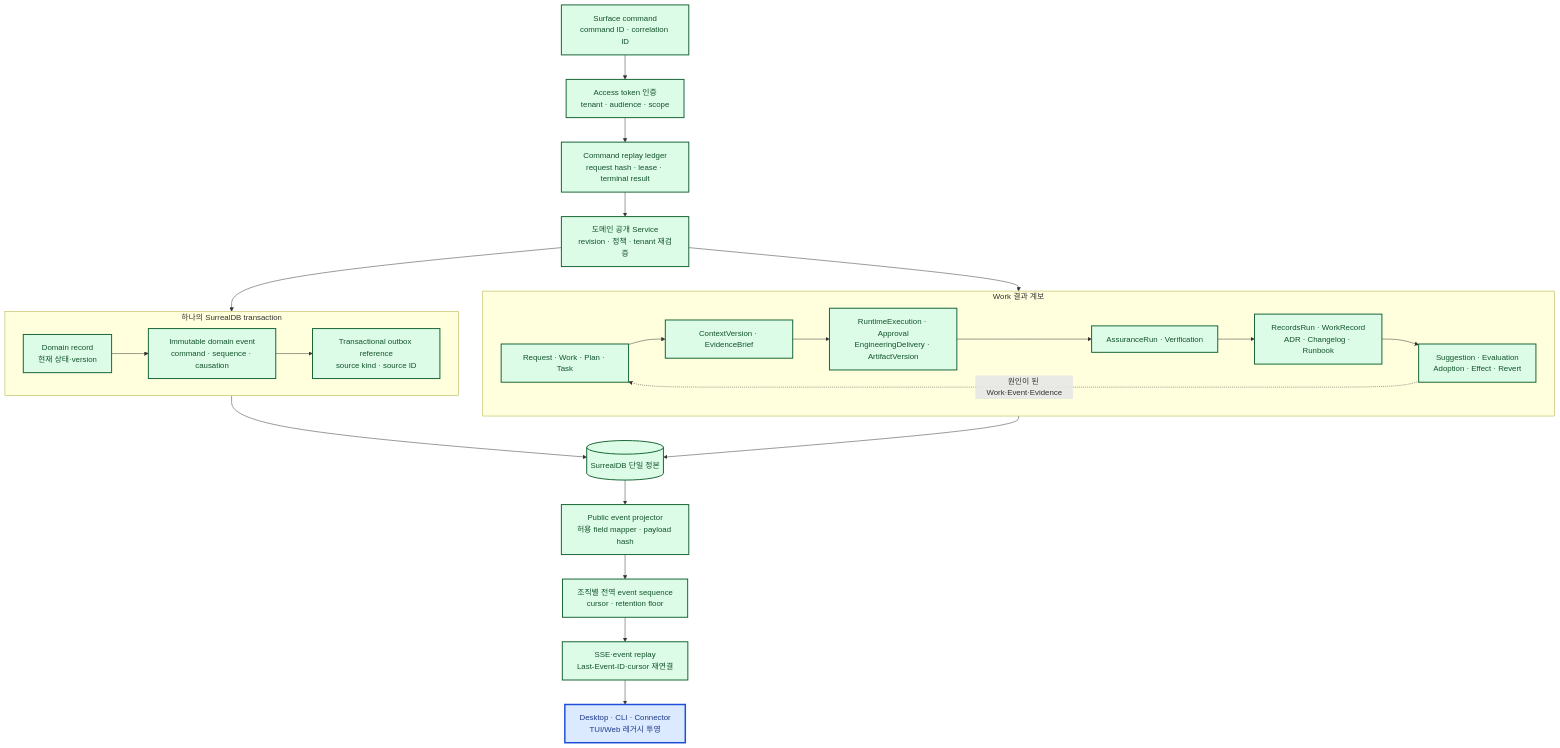
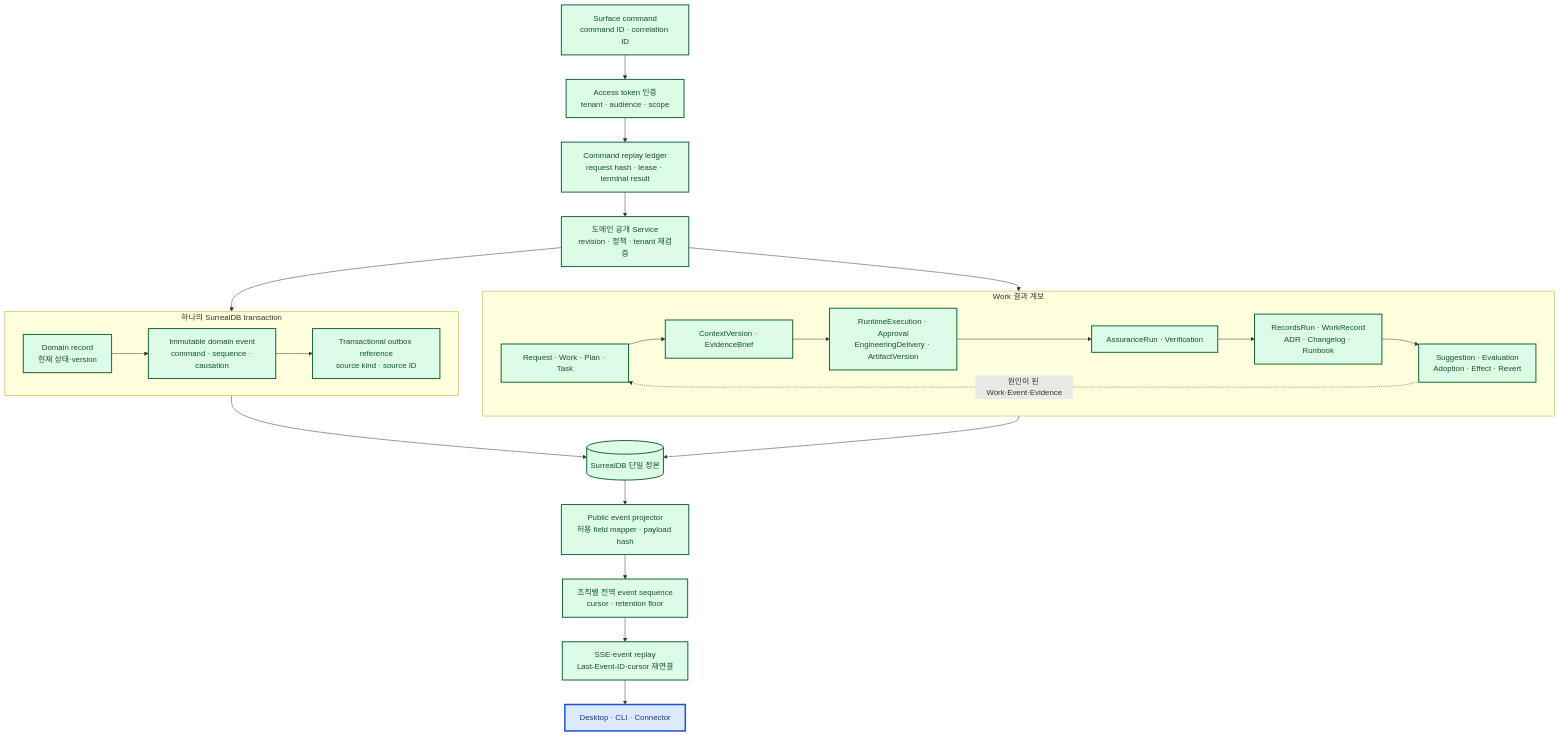
The ninth of 11 diagrams in docs/architecture/README.md (jabdori/massion), drawn with Mermaid before and after one commit. The commit also changed other lines of this file and 943 other files, not shown here.

First line of the commit message:
refactor!: remove legacy web and tui surfaces

````diff
--- a/docs/architecture/README.md
+++ b/docs/architecture/README.md
@@ -505,53 +499,53 @@
 ```mermaid
 flowchart TB
   classDef implemented fill:#dcfce7,stroke:#166534,color:#14532d,stroke-width:2px;
   classDef implementing fill:#dbeafe,stroke:#1d4ed8,color:#1e3a8a,stroke-width:3px;
   classDef planned fill:#f3f4f6,stroke:#6b7280,color:#374151,stroke-width:1px,stroke-dasharray:5 5;
   classDef external fill:#ffedd5,stroke:#c2410c,color:#7c2d12,stroke-width:2px;
 
   Surface["Surface command<br/>command ID · correlation ID"]:::implemented
   Auth["Access token 인증<br/>tenant · audience · scope"]:::implemented
   Ledger["Command replay ledger<br/>request hash · lease · terminal result"]:::implemented
   Domain["도메인 공개 Service<br/>revision · 정책 · tenant 재검증"]:::implemented
 
   subgraph Transaction["하나의 SurrealDB transaction"]
     Record["Domain record<br/>현재 상태·version"]:::implemented
     Event["Immutable domain event<br/>command · sequence · causation"]:::implemented
     Outbox["Transactional outbox reference<br/>source kind · source ID"]:::implemented
     Record --> Event
     Event --> Outbox
   end
 
   Projector["Public event projector<br/>허용 field mapper · payload hash"]:::implemented
   Sequence["조직별 전역 event sequence<br/>cursor · retention floor"]:::implemented
   SSE["SSE·event replay<br/>Last-Event-ID·cursor 재연결"]:::implemented
-  Observer["Desktop · CLI · Connector<br/>TUI/Web 레거시 투영"]:::implementing
+  Observer["Desktop · CLI · Connector"]:::implementing
   DB[("SurrealDB 단일 정본")]:::implemented
 
   subgraph Lineage["Work 결과 계보"]
     Work["Request · Work · Plan · Task"]:::implemented
     Context["ContextVersion · EvidenceBrief"]:::implemented
     Execution["RuntimeExecution · Approval<br/>EngineeringDelivery · ArtifactVersion"]:::implemented
     Verification["AssuranceRun · Verification"]:::implemented
     Records["RecordsRun · WorkRecord<br/>ADR · Changelog · Runbook"]:::implemented
     Growth["Suggestion · Evaluation<br/>Adoption · Effect · Revert"]:::implemented
     Work --> Context
     Context --> Execution
     Execution --> Verification
     Verification --> Records
     Records --> Growth
     Growth -. "원인이 된 Work·Event·Evidence" .-> Work
   end
 
   Surface --> Auth
   Auth --> Ledger
   Ledger --> Domain
   Domain --> Transaction
   Transaction --> DB
   DB --> Projector
   Projector --> Sequence
   Sequence --> SSE
   SSE --> Observer
   Domain --> Lineage
   Lineage --> DB
 ```
````
